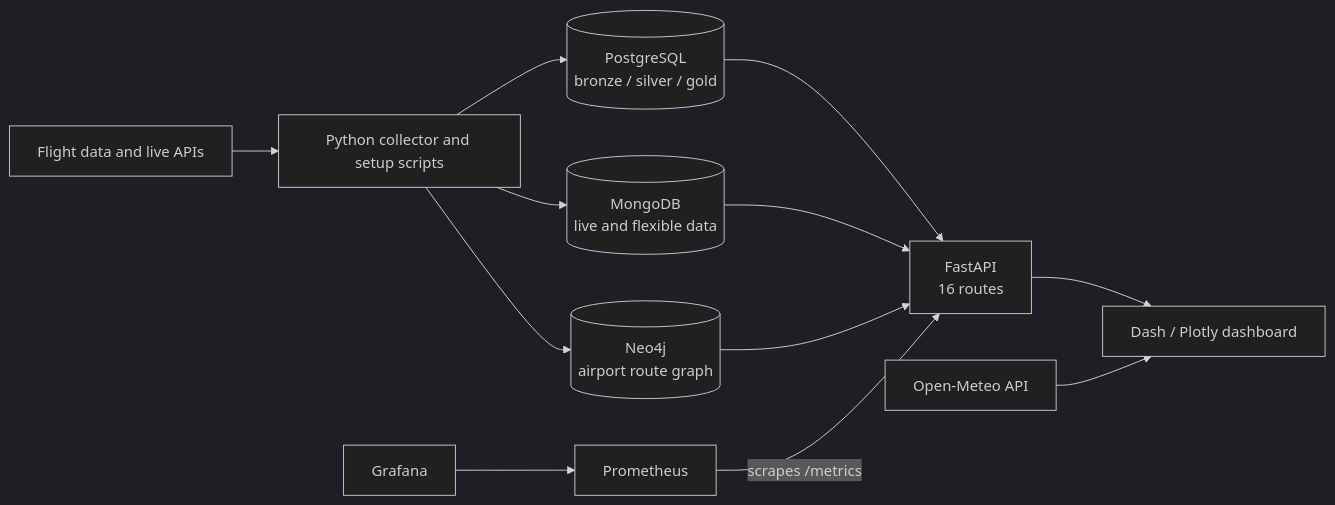
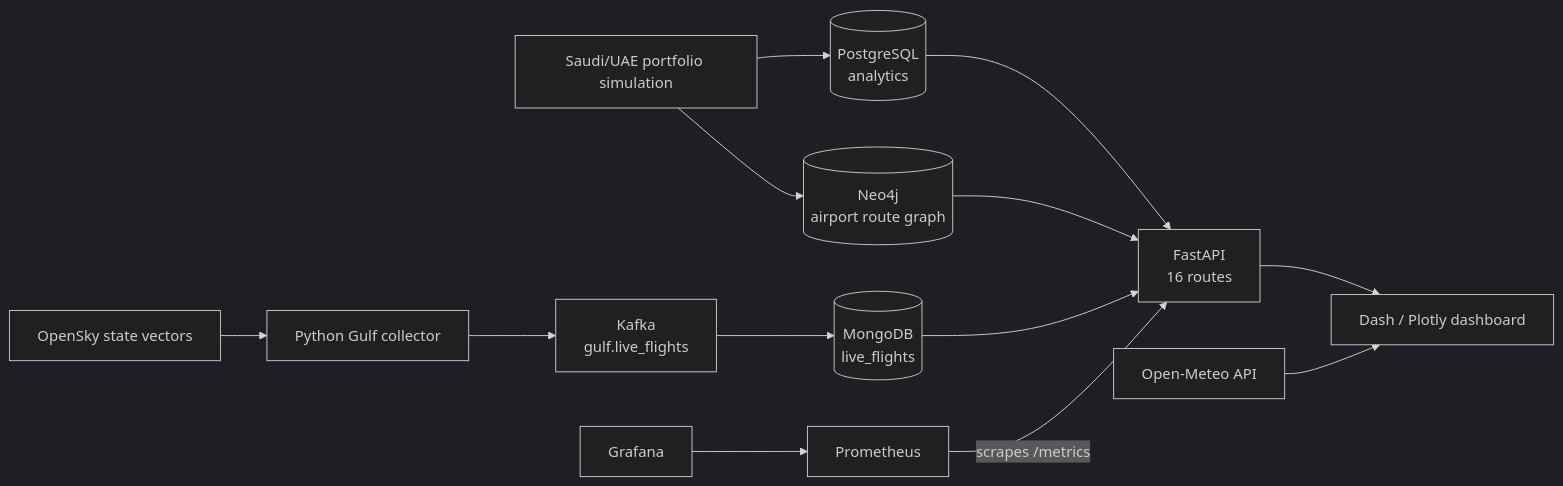
One commit to HassanSalamB/dst-airlines changed the first of 4 diagrams in README.md. Above: the diagram before and after it, drawn with Mermaid (dark theme). The commit also changed other lines of this file and 20 other files, not shown here.

Commit message:
Add live Saudi and UAE airspace operations

````diff
--- a/README.md
+++ b/README.md
@@ -35,16 +33,17 @@
 ```mermaid
 flowchart LR
-    source["Flight data and live APIs"] --> collector["Python collector and setup scripts"]
-    collector --> pg[("PostgreSQL<br/>bronze / silver / gold")]
-    collector --> mongo[("MongoDB<br/>live and flexible data")]
-    collector --> neo4j[("Neo4j<br/>airport route graph")]
+    simulation["Saudi/UAE portfolio simulation"] --> pg[("PostgreSQL<br/>analytics")]
+    simulation --> neo4j[("Neo4j<br/>airport route graph")]
+    opensky["OpenSky state vectors"] --> collector["Python Gulf collector"]
+    collector --> kafka["Kafka<br/>gulf.live_flights"]
+    kafka --> mongo[("MongoDB<br/>live_flights")]
 
     pg --> api["FastAPI<br/>16 routes"]
     mongo --> api
     neo4j --> api
     api --> dashboard["Dash / Plotly dashboard"]
     weather["Open-Meteo API"] --> dashboard
 
     prometheus["Prometheus"] -->|"scrapes /metrics"| api
     grafana["Grafana"] --> prometheus
 ```
````
